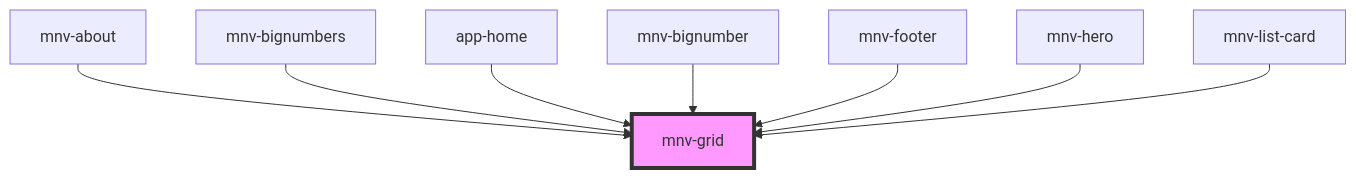
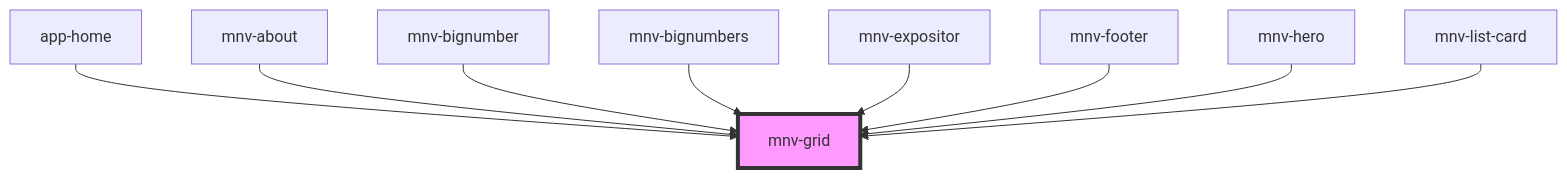
Before and after one commit to rafaela-vairo/ufrj-sustainable: the diagram in src/components/layout/mnv-grid/readme.md, drawn with Mermaid. The commit also changed other lines of this file and 34 other files, not shown here.

````diff
--- a/src/components/layout/mnv-grid/readme.md
+++ b/src/components/layout/mnv-grid/readme.md
@@ -32,11 +35,12 @@
 ```mermaid
 graph TD;
+  app-home --> mnv-grid
   mnv-about --> mnv-grid
+  mnv-bignumber --> mnv-grid
   mnv-bignumbers --> mnv-grid
-  app-home --> mnv-grid
-  mnv-bignumber --> mnv-grid
+  mnv-expositor --> mnv-grid
   mnv-footer --> mnv-grid
   mnv-hero --> mnv-grid
   mnv-list-card --> mnv-grid
   style mnv-grid fill:#f9f,stroke:#333,stroke-width:4px
 ```
````
